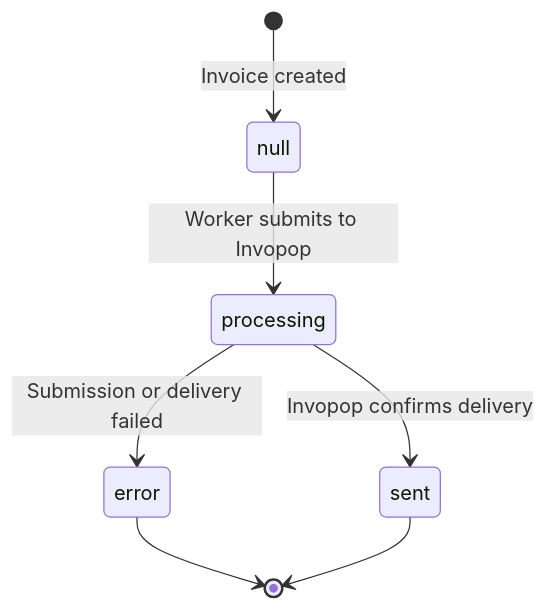
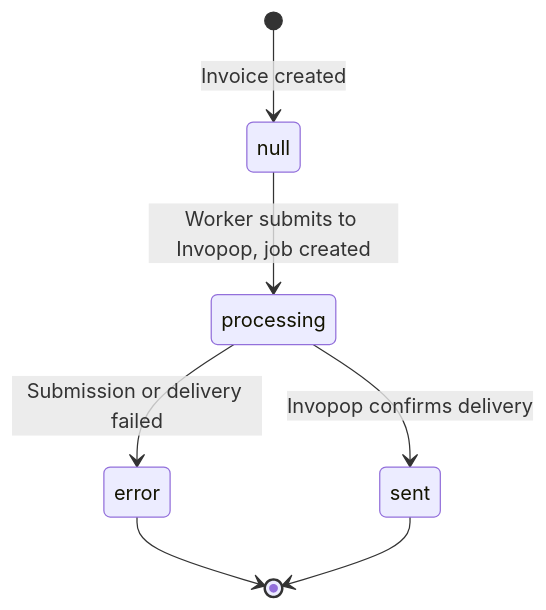
One commit to midday-ai/midday changed the second of 2 diagrams in docs/e-invoicing.md. Above: the diagram before and after it, drawn with Mermaid. The commit also changed 5 other files, not shown here.

````diff
--- a/docs/e-invoicing.md
+++ b/docs/e-invoicing.md
@@ -122,9 +122,9 @@
 ```mermaid
 stateDiagram-v2
     [*] --> null: Invoice created
-    null --> processing: Worker submits to Invopop
+    null --> processing: Worker submits to Invopop, job created
     processing --> sent: Invopop confirms delivery
     processing --> error: Submission or delivery failed
     error --> [*]
     sent --> [*]
 ```
````
